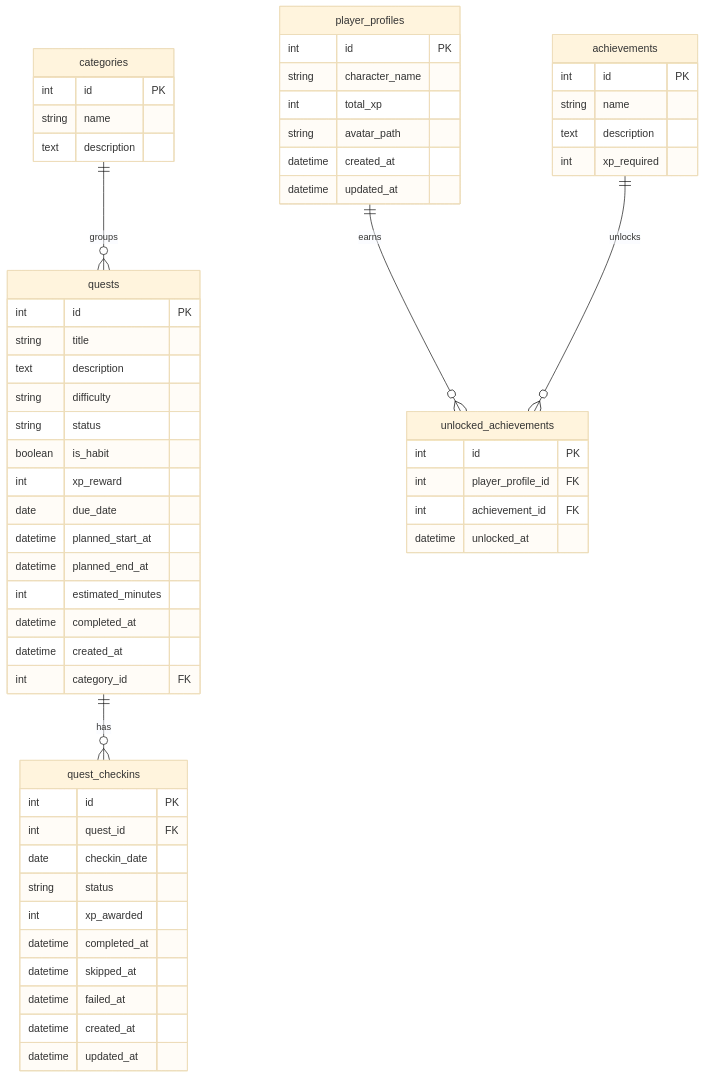
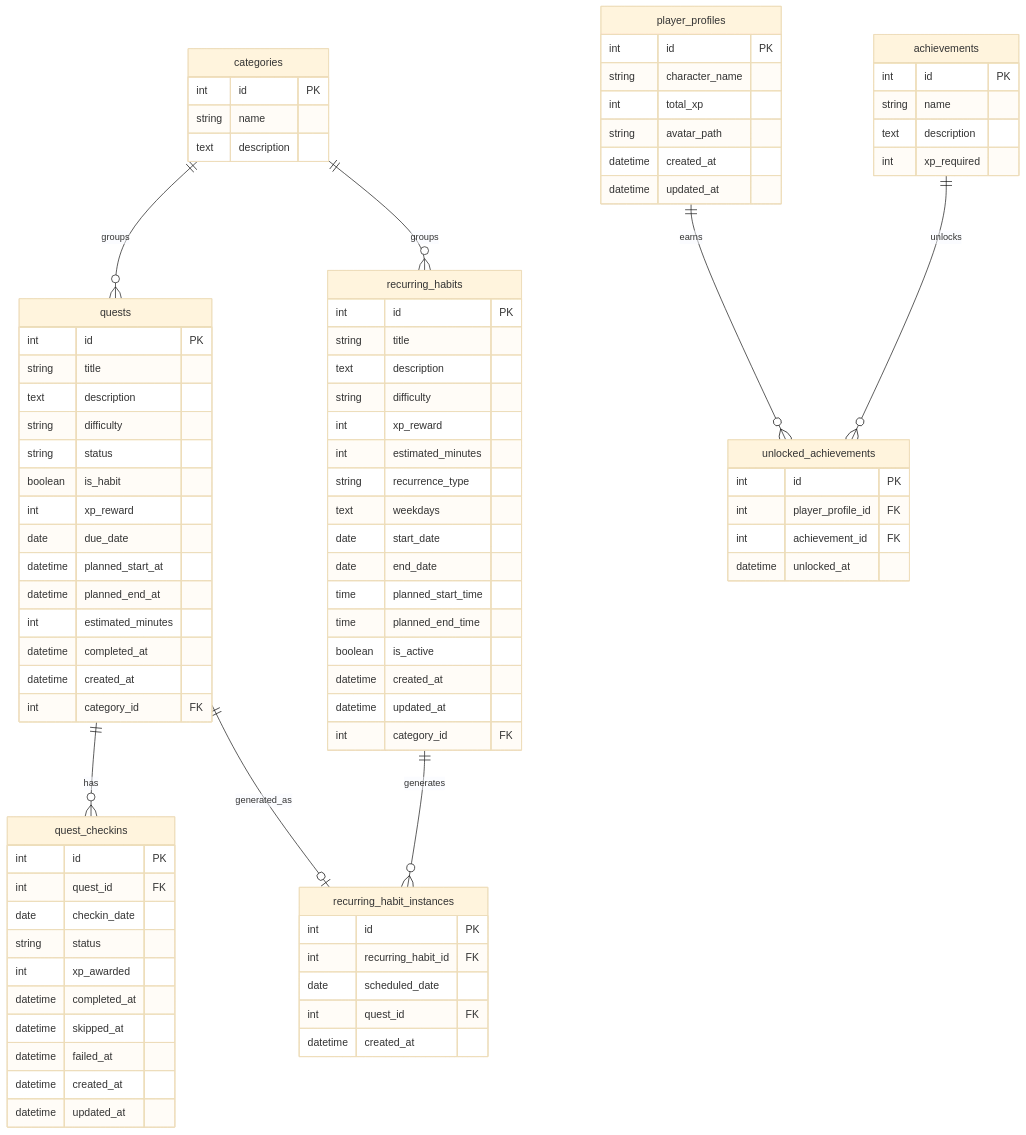
Before and after one commit to BaseMar/habit-quest-analytics: the diagram in README.md, drawn with Mermaid (base theme). The commit also changed other lines of this file and 9 other files, not shown here.

````diff
--- a/README.md
+++ b/README.md
@@ -300,7 +318,10 @@
 ```mermaid
 erDiagram
     categories ||--o{ quests : groups
+    categories ||--o{ recurring_habits : groups
     quests ||--o{ quest_checkins : has
+    recurring_habits ||--o{ recurring_habit_instances : generates
+    quests ||--o| recurring_habit_instances : generated_as
     player_profiles ||--o{ unlocked_achievements : earns
     achievements ||--o{ unlocked_achievements : unlocks
 
@@ -340,6 +361,33 @@
         datetime updated_at
     }
 
+    recurring_habits {
+        int id PK
+        string title
+        text description
+        string difficulty
+        int xp_reward
+        int estimated_minutes
+        string recurrence_type
+        text weekdays
+        date start_date
+        date end_date
+        time planned_start_time
+        time planned_end_time
+        boolean is_active
+        datetime created_at
+        datetime updated_at
+        int category_id FK
+    }
+
+    recurring_habit_instances {
+        int id PK
+        int recurring_habit_id FK
+        date scheduled_date
+        int quest_id FK
+        datetime created_at
+    }
+
     player_profiles {
         int id PK
         string character_name
````
